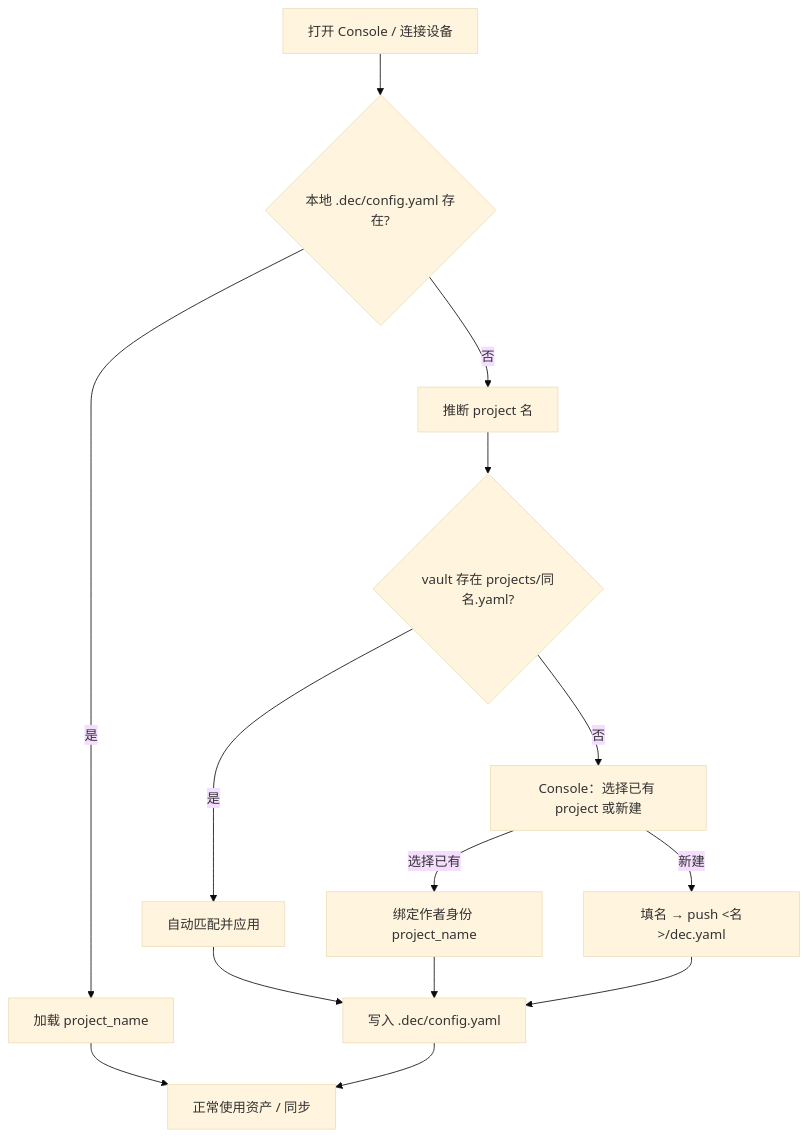
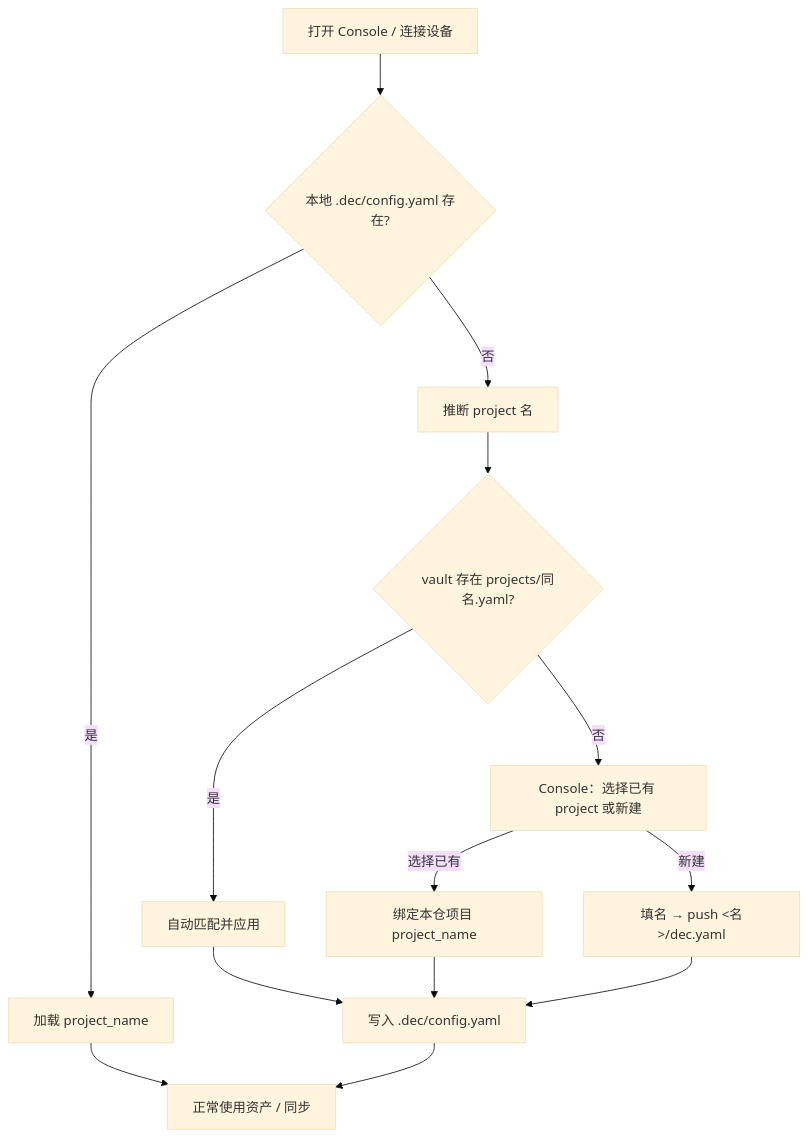
The second of 2 diagrams in Documents/ARCHITECTURE.md (shichao402/Dec), drawn with Mermaid (base theme) before and after one commit. The commit also changed other lines of this file and 67 other files, not shown here.

````diff
--- a/Documents/ARCHITECTURE.md
+++ b/Documents/ARCHITECTURE.md
@@ -211,16 +208,16 @@
 ```mermaid
 flowchart TD
   A[打开 Console / 连接设备] --> B{本地 .dec/config.yaml 存在?}
   B -->|否| C[推断 project 名]
   C --> D{vault 存在 projects/同名.yaml?}
   D -->|是| E[自动匹配并应用]
   D -->|否| F[Console：选择已有 project 或新建]
   B -->|是| G[加载 project_name]
   E --> H[写入 .dec/config.yaml]
-  F -->|选择已有| I[绑定作者身份 project_name]
+  F -->|选择已有| I[绑定本仓项目 project_name]
   F -->|新建| J[填名 → push <名>/dec.yaml]
   I --> H
   J --> H
   G --> K[正常使用资产 / 同步]
   H --> K
 ```
````
